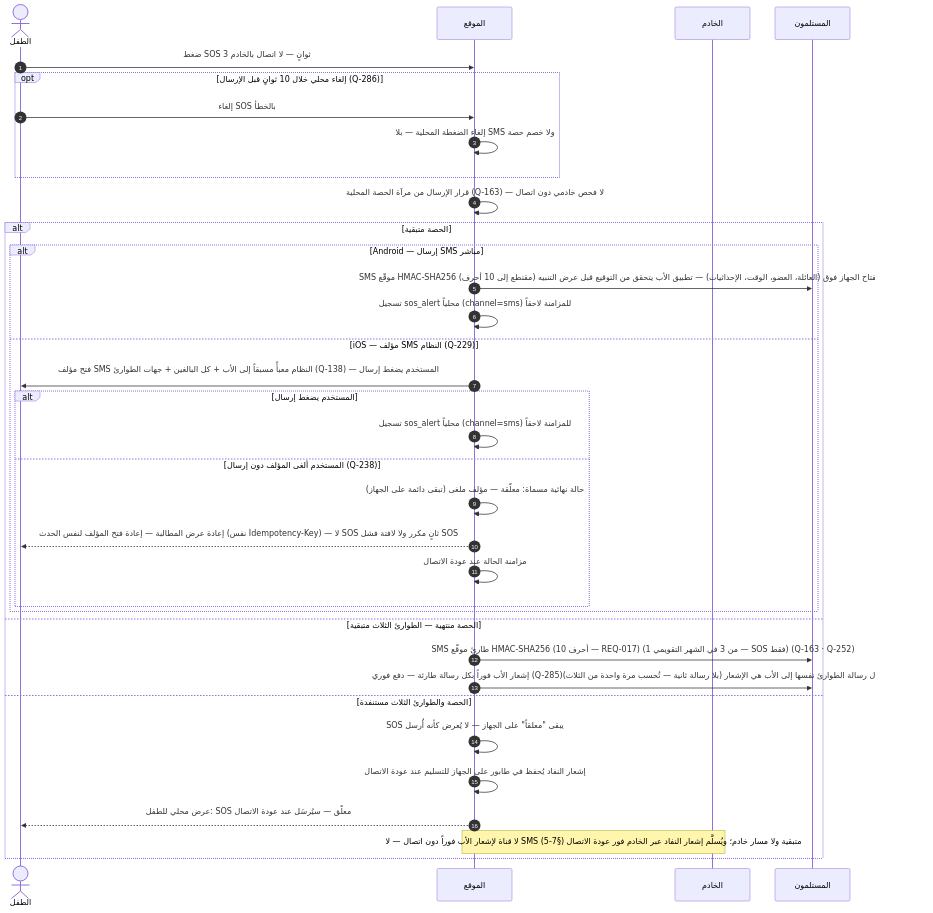
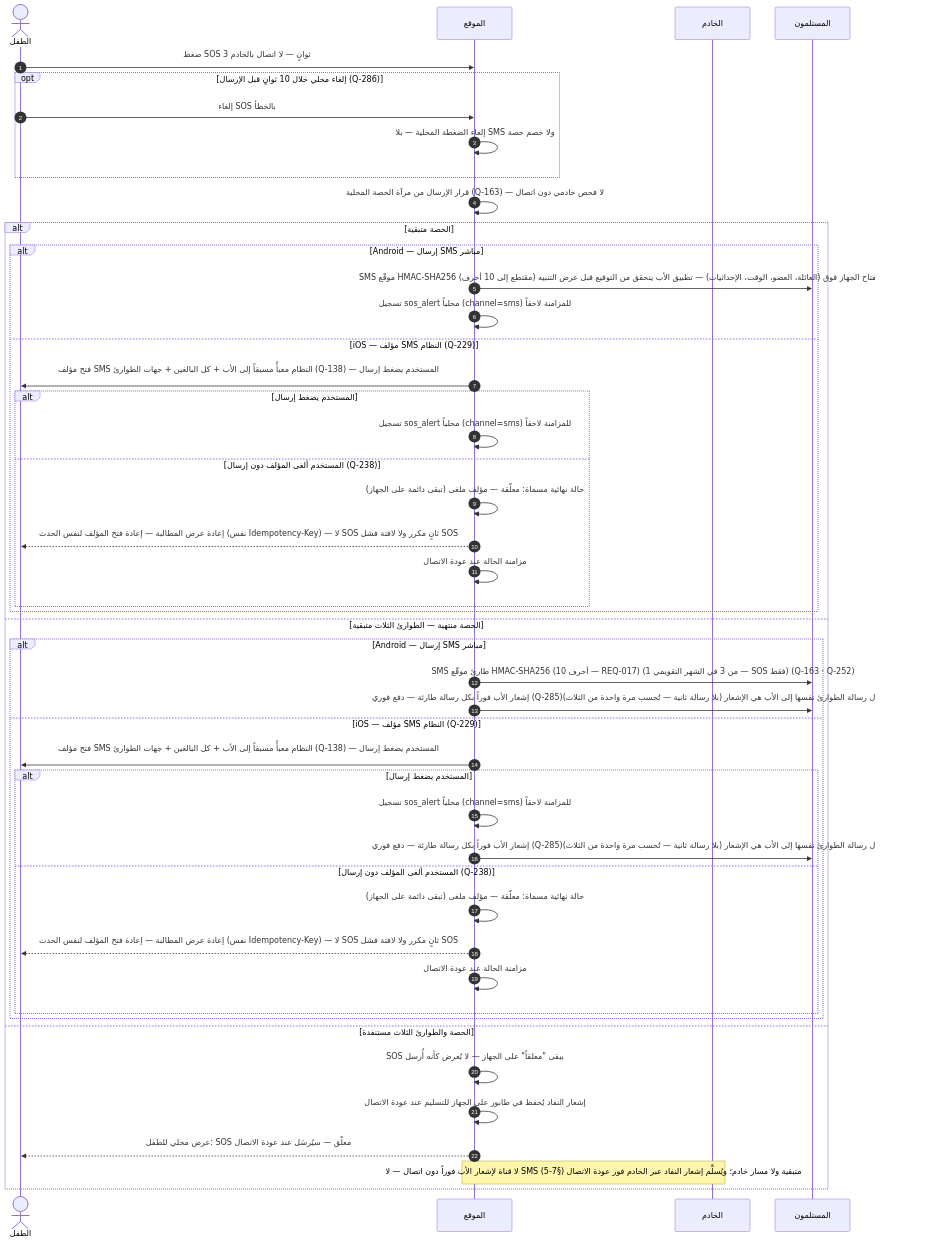
The sixth of 13 diagrams in docs/family-os/governance/phases/phase-1/S1-07-location-basic/DIAGRAMS.md (Bassam-mohammed-alqaeadi/family-os-v2), drawn with Mermaid before and after one commit. The commit also changed other lines of this file, not shown here.

Commit message:
S1-07 DIAGRAMS: إصلاحات D-2 — إعلان S104 في §1؛ مرجع سطر triggerSos 208←228؛ مؤلف iOS في فرع الطوارئ 3-د (Q-229/Q-238)؛ P3 بلا تصعيد + التصعيد تحت P4؛ Ktor --> D3 بدل P3 --> D3؛ id Teen المضلل ← FatherView؛ ملاحظة البطارية Q-027 (15%)؛ أوسمة REQ-002/006/011/016

````diff
--- a/docs/family-os/governance/phases/phase-1/S1-07-location-basic/DIAGRAMS.md
+++ b/docs/family-os/governance/phases/phase-1/S1-07-location-basic/DIAGRAMS.md
@@ -251,37 +252,49 @@
 ```mermaid
 sequenceDiagram
     autonumber
     actor Child as الطفل
     participant S107 as الموقع
     participant Ktor as الخادم
     participant Recipients as المستلمون
     Child->>S107: ضغط SOS 3 ثوانٍ — لا اتصال بالخادم
     opt إلغاء محلي خلال 10 ثوانٍ قبل الإرسال (Q-286)
         Child->>S107: إلغاء SOS بالخطأ
         S107->>S107: إلغاء الضغطة المحلية — بلا SMS ولا خصم حصة
     end
     S107->>S107: قرار الإرسال من مرآة الحصة المحلية (Q-163) — لا فحص خادمي دون اتصال
     alt الحصة متبقية
         alt Android — إرسال SMS مباشر
             S107->>Recipients: SMS موقّع HMAC-SHA256 (مقتطع إلى 10 أحرف) بمفتاح الجهاز فوق (العائلة، العضو، الوقت، الإحداثيات) — تطبيق الأب يتحقق من التوقيع قبل عرض التنبيه (REQ-017)
             S107->>S107: تسجيل sos_alert محلياً (channel=sms) للمزامنة لاحقاً
         else iOS — مؤلف SMS النظام (Q-229)
             S107->>Child: فتح مؤلف SMS النظام معبأً مسبقاً إلى الأب + كل البالغين + جهات الطوارئ (Q-138) — المستخدم يضغط إرسال
             alt المستخدم يضغط إرسال
                 S107->>S107: تسجيل sos_alert محلياً (channel=sms) للمزامنة لاحقاً
             else المستخدم ألغى المؤلف دون إرسال (Q-238)
                 S107->>S107: حالة نهائية مسماة: معلّقة — مؤلف ملغى (تبقى دائمة على الجهاز)
                 S107-->>Child: إعادة عرض المطالبة — إعادة فتح المؤلف لنفس الحدث (نفس Idempotency-Key) — لا SOS ثانٍ مكرر ولا لافتة فشل SOS
                 S107->>S107: مزامنة الحالة عند عودة الاتصال
             end
         end
     else الحصة منتهية — الطوارئ الثلاث متبقية
-        S107->>Recipients: SMS طارئ موقّع HMAC-SHA256 (10 أحرف — REQ-017) (1 من 3 في الشهر التقويمي — SOS فقط) (Q-163 · Q-252)
-        S107->>Recipients: إشعار الأب فوراً بكل رسالة طارئة — دفع فوري (Q-285)؛ ودون اتصال رسالة الطوارئ نفسها إلى الأب هي الإشعار (بلا رسالة ثانية — تُحسب مرة واحدة من الثلاث)
+        alt Android — إرسال SMS مباشر
+            S107->>Recipients: SMS طارئ موقّع HMAC-SHA256 (10 أحرف — REQ-017) (1 من 3 في الشهر التقويمي — SOS فقط) (Q-163 · Q-252)
+            S107->>Recipients: إشعار الأب فوراً بكل رسالة طارئة — دفع فوري (Q-285)؛ ودون اتصال رسالة الطوارئ نفسها إلى الأب هي الإشعار (بلا رسالة ثانية — تُحسب مرة واحدة من الثلاث)
+        else iOS — مؤلف SMS النظام (Q-229)
+            S107->>Child: فتح مؤلف SMS النظام معبأً مسبقاً إلى الأب + كل البالغين + جهات الطوارئ (Q-138) — المستخدم يضغط إرسال
+            alt المستخدم يضغط إرسال
+                S107->>S107: تسجيل sos_alert محلياً (channel=sms) للمزامنة لاحقاً
+                S107->>Recipients: إشعار الأب فوراً بكل رسالة طارئة — دفع فوري (Q-285)؛ ودون اتصال رسالة الطوارئ نفسها إلى الأب هي الإشعار (بلا رسالة ثانية — تُحسب مرة واحدة من الثلاث)
+            else المستخدم ألغى المؤلف دون إرسال (Q-238)
+                S107->>S107: حالة نهائية مسماة: معلّقة — مؤلف ملغى (تبقى دائمة على الجهاز)
+                S107-->>Child: إعادة عرض المطالبة — إعادة فتح المؤلف لنفس الحدث (نفس Idempotency-Key) — لا SOS ثانٍ مكرر ولا لافتة فشل SOS
+                S107->>S107: مزامنة الحالة عند عودة الاتصال
+            end
+        end
     else الحصة والطوارئ الثلاث مستنفدة
         S107->>S107: SOS يبقى "معلقاً" على الجهاز — لا يُعرض كأنه أُرسل
         S107->>S107: إشعار النفاد يُحفظ في طابور على الجهاز للتسليم عند عودة الاتصال
         S107-->>Child: عرض محلي للطفل: SOS معلّق — سيُرسَل عند عودة الاتصال
         Note over S107,Ktor: لا قناة لإشعار الأب فوراً دون اتصال — لا SMS متبقية ولا مسار خادم؛ ويُسلَّم إشعار النفاد عبر الخادم فور عودة الاتصال (§7-5)
     end
 ```
````
